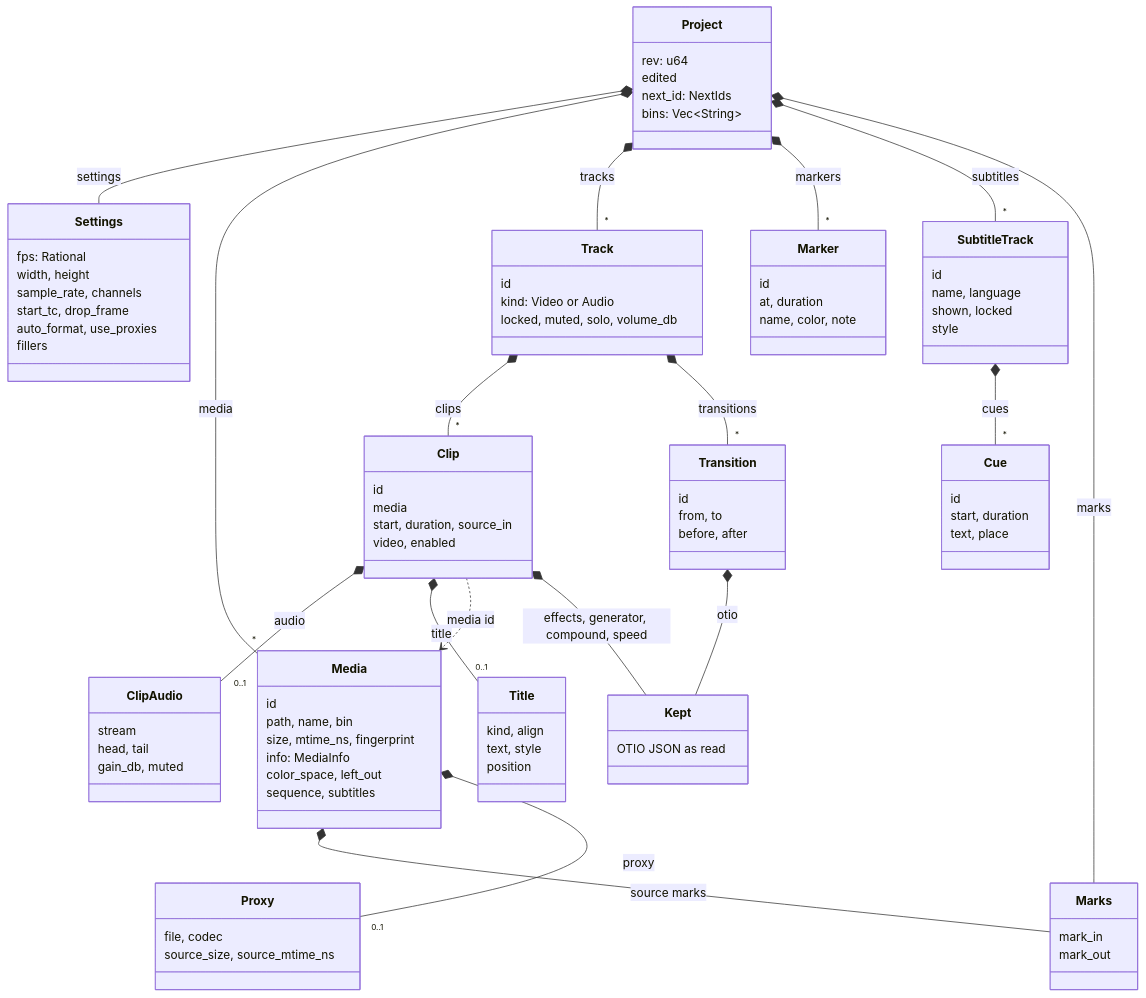
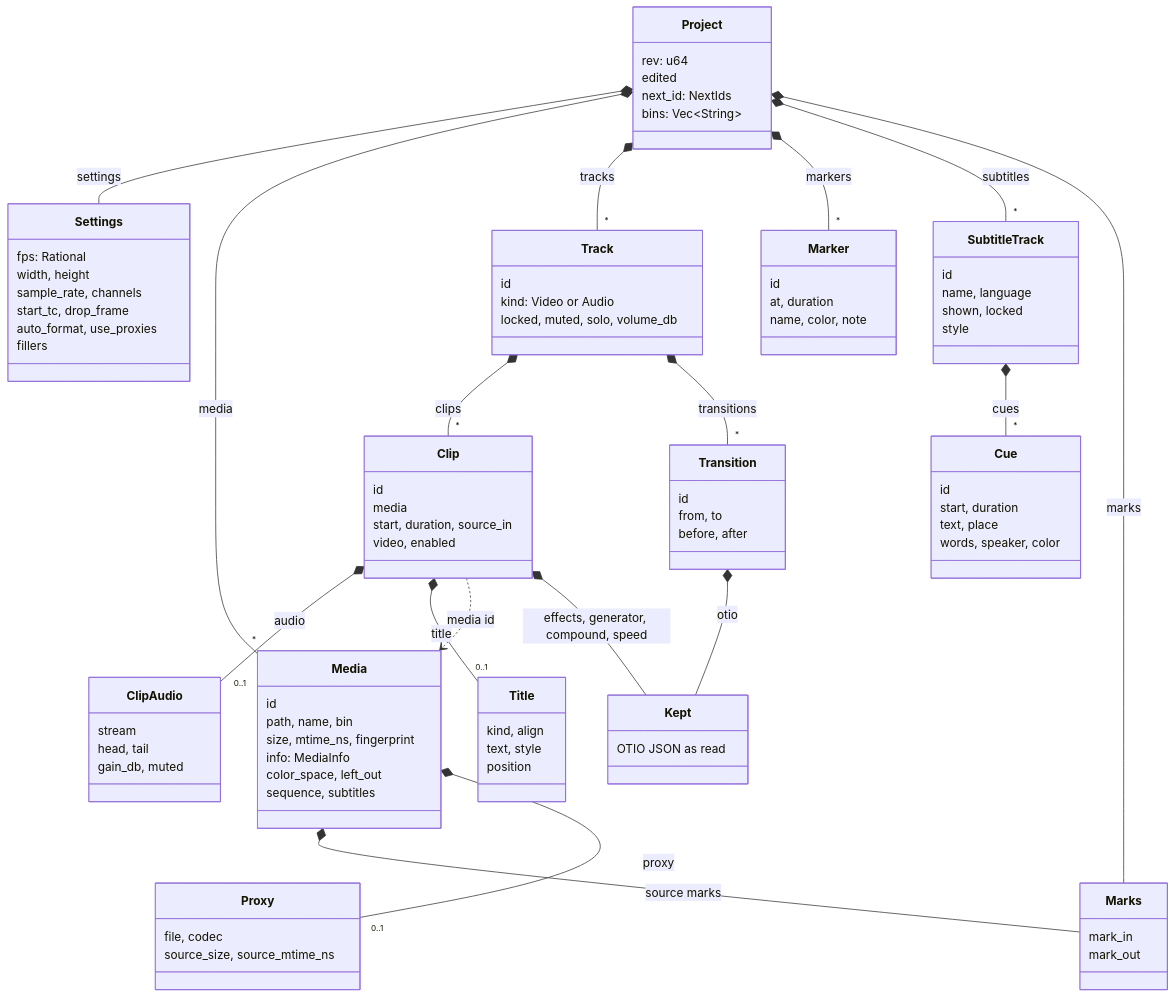
One commit to oittaa/vidcut changed the first of 2 diagrams in docs/design/model.md. Above: the diagram before and after it, drawn with Mermaid. The commit also changed other lines of this file and 33 other files, not shown here.

```diff
--- a/docs/design/model.md
+++ b/docs/design/model.md
@@ -73,6 +73,7 @@
     id
     start, duration
     text, place
+    words, speaker, color
   }
   class Title {
     kind, align
```
